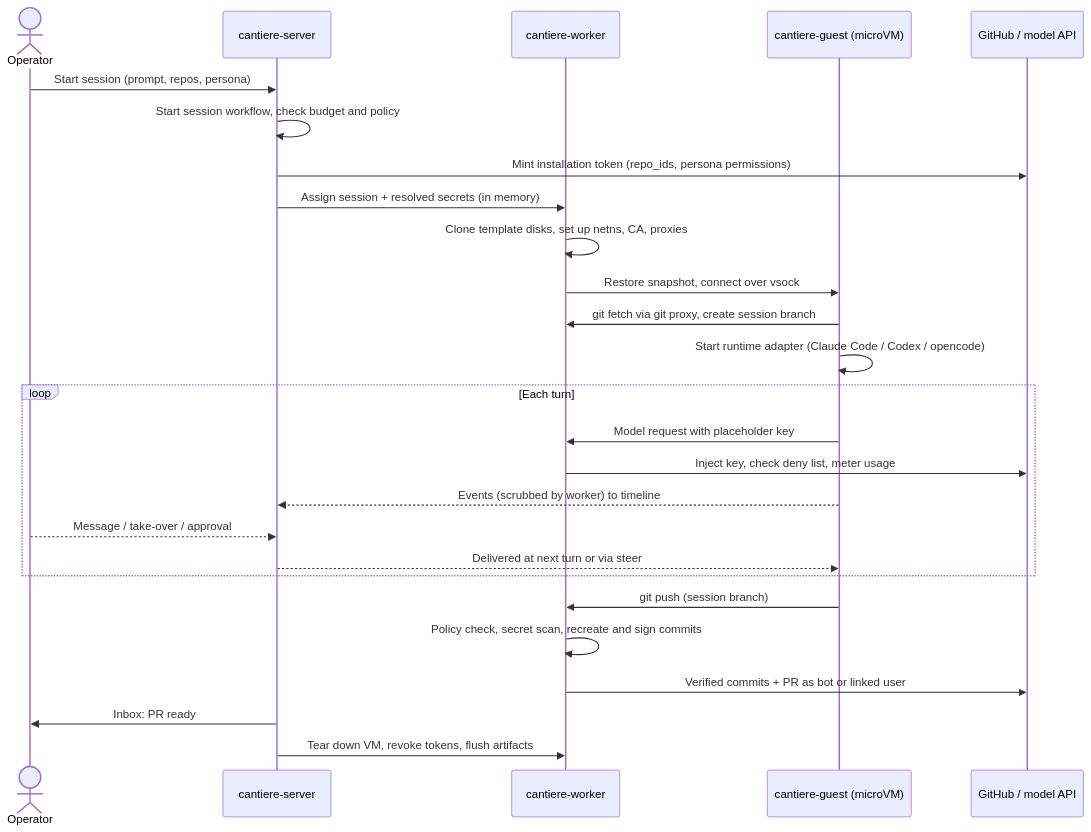
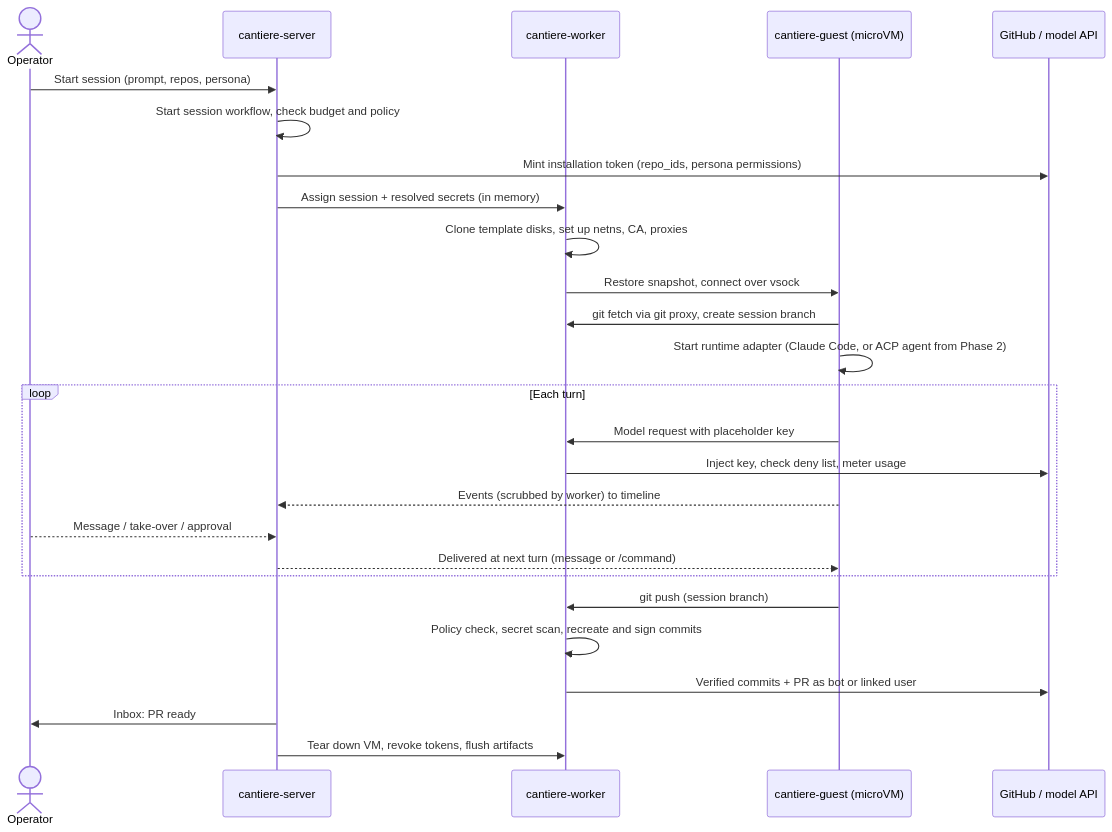
One commit to noahwhite/cantiere changed the second of 2 diagrams in docs/architecture.md. Above: the diagram before and after it, drawn with Mermaid. The commit also changed other lines of this file and 12 other files, not shown here.

````diff
--- a/docs/architecture.md
+++ b/docs/architecture.md
@@ -91,29 +91,29 @@
 ```mermaid
 sequenceDiagram
     actor U as Operator
     participant S as cantiere-server
     participant W as cantiere-worker
     participant G as cantiere-guest (microVM)
     participant X as GitHub / model API
 
     U->>S: Start session (prompt, repos, persona)
     S->>S: Start session workflow, check budget and policy
     S->>X: Mint installation token (repo_ids, persona permissions)
     S->>W: Assign session + resolved secrets (in memory)
     W->>W: Clone template disks, set up netns, CA, proxies
     W->>G: Restore snapshot, connect over vsock
     G->>W: git fetch via git proxy, create session branch
-    G->>G: Start runtime adapter (Claude Code / Codex / opencode)
+    G->>G: Start runtime adapter (Claude Code, or ACP agent from Phase 2)
     loop Each turn
         G->>W: Model request with placeholder key
         W->>X: Inject key, check deny list, meter usage
         G-->>S: Events (scrubbed by worker) to timeline
         U-->>S: Message / take-over / approval
-        S-->>G: Delivered at next turn or via steer
+        S-->>G: Delivered at next turn (message or /command)
     end
     G->>W: git push (session branch)
     W->>W: Policy check, secret scan, recreate and sign commits
     W->>X: Verified commits + PR as bot or linked user
     S->>U: Inbox: PR ready
     S->>W: Tear down VM, revoke tokens, flush artifacts
 ```
````
